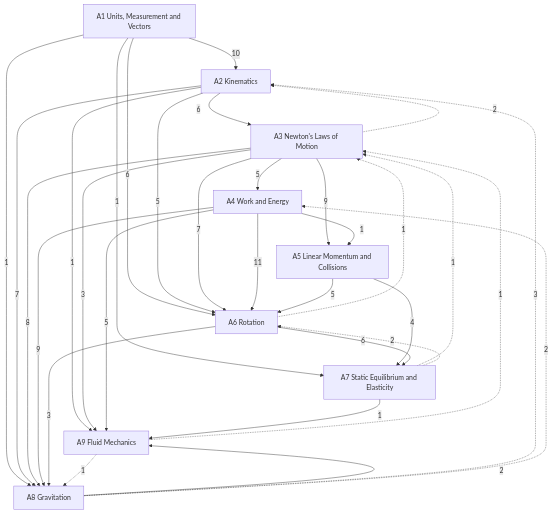
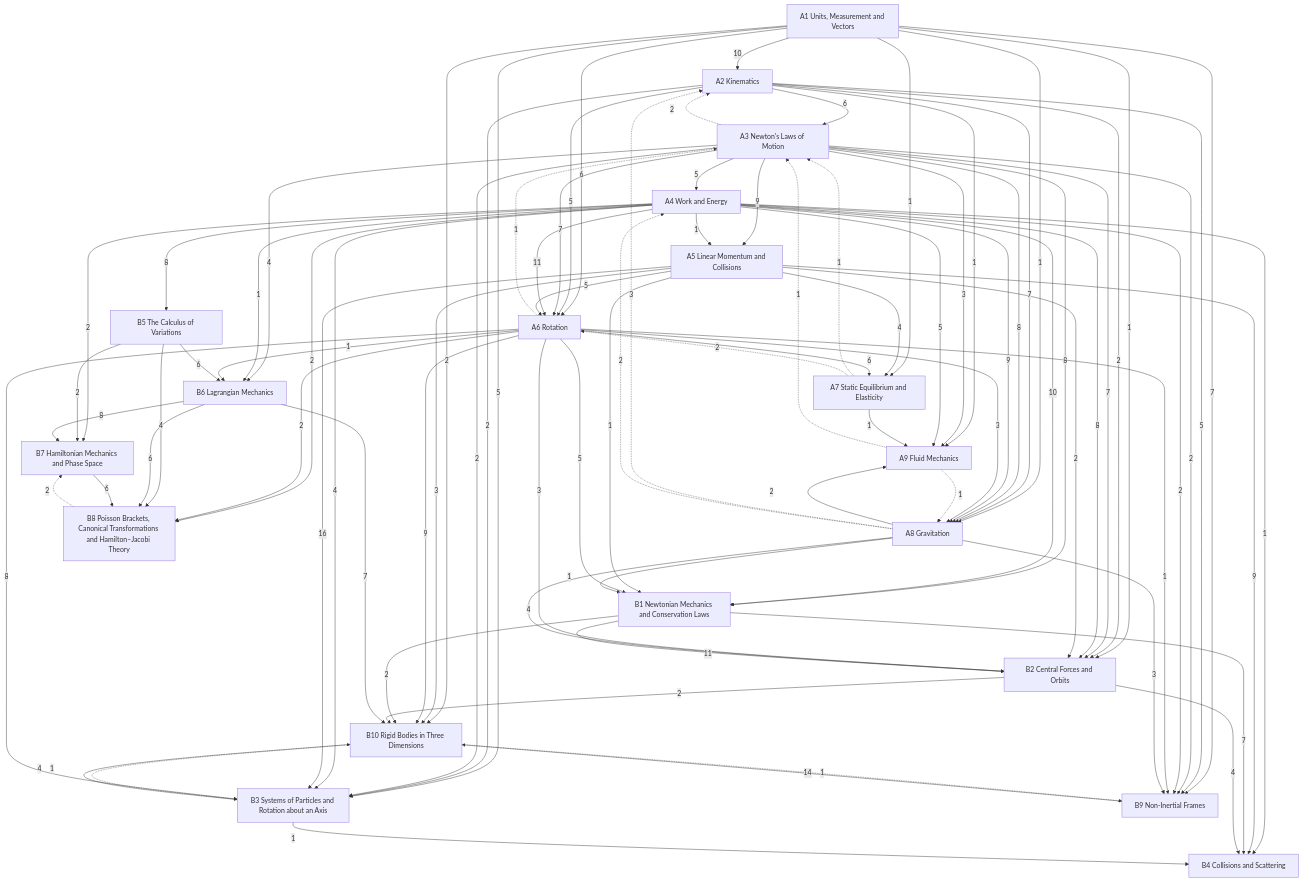
Before and after one commit to Onion20040508/notes: the diagram in Physics/Classical Mechanics/Classical Mechanics.md, drawn with Mermaid. The commit also changed other lines of this file and 38 other files, not shown here.

````diff
--- a/Physics/Classical Mechanics/Classical Mechanics.md
+++ b/Physics/Classical Mechanics/Classical Mechanics.md
@@ -36,6 +48,16 @@
   A7["A7 Static Equilibrium and Elasticity"]
   A8["A8 Gravitation"]
   A9["A9 Fluid Mechanics"]
+  B1["B1 Newtonian Mechanics and Conservation Laws"]
+  B2["B2 Central Forces and Orbits"]
+  B3["B3 Systems of Particles and Rotation about an Axis"]
+  B4["B4 Collisions and Scattering"]
+  B5["B5 The Calculus of Variations"]
+  B6["B6 Lagrangian Mechanics"]
+  B7["B7 Hamiltonian Mechanics and Phase Space"]
+  B8["B8 Poisson Brackets, Canonical Transformations and Hamilton–Jacobi Theory"]
+  B9["B9 Non-Inertial Frames"]
+  B10["B10 Rigid Bodies in Three Dimensions"]
   A1 -->|10| A2
   A2 -->|6| A3
   A3 -->|5| A4
@@ -59,6 +81,57 @@
   A4 -->|5| A9
   A7 -->|1| A9
   A8 -->|2| A9
+  A3 -->|8| B1
+  A4 -->|10| B1
+  A5 -->|1| B1
+  A6 -->|5| B1
+  A8 -->|1| B1
+  A1 -->|2| B10
+  A5 -->|3| B10
+  A6 -->|9| B10
+  B1 -->|2| B10
+  B2 -->|2| B10
+  B3 -->|4| B10
+  B6 -->|7| B10
+  B9 -->|14| B10
+  A1 -->|1| B2
+  A2 -->|2| B2
+  A3 -->|7| B2
+  A4 -->|8| B2
+  A5 -->|2| B2
+  A6 -->|3| B2
+  A8 -->|4| B2
+  B1 -->|11| B2
+  A1 -->|5| B3
+  A2 -->|2| B3
+  A3 -->|2| B3
+  A4 -->|4| B3
+  A5 -->|16| B3
+  A6 -->|8| B3
+  A4 -->|1| B4
+  A5 -->|9| B4
+  B1 -->|7| B4
+  B2 -->|4| B4
+  B3 -->|1| B4
+  A4 -->|8| B5
+  A3 -->|4| B6
+  A4 -->|1| B6
+  A6 -->|1| B6
+  B5 -->|6| B6
+  A4 -->|2| B7
+  B5 -->|2| B7
+  B6 -->|8| B7
+  A4 -->|2| B8
+  A6 -->|2| B8
+  B5 -->|4| B8
+  B6 -->|6| B8
+  B7 -->|6| B8
+  A1 -->|7| B9
+  A2 -->|5| B9
+  A3 -->|2| B9
+  A4 -->|2| B9
+  A6 -->|1| B9
+  A8 -->|3| B9
   A3 -.->|2| A2
   A8 -.->|3| A2
   A6 -.->|1| A3
@@ -67,4 +140,7 @@
   A8 -.->|2| A4
   A7 -.->|2| A6
   A9 -.->|1| A8
+  B10 -.->|1| B3
+  B8 -.->|2| B7
+  B10 -.->|1| B9
 ```
````
